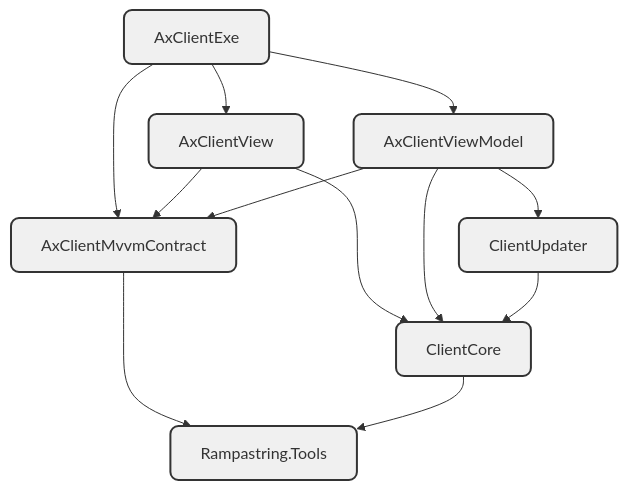
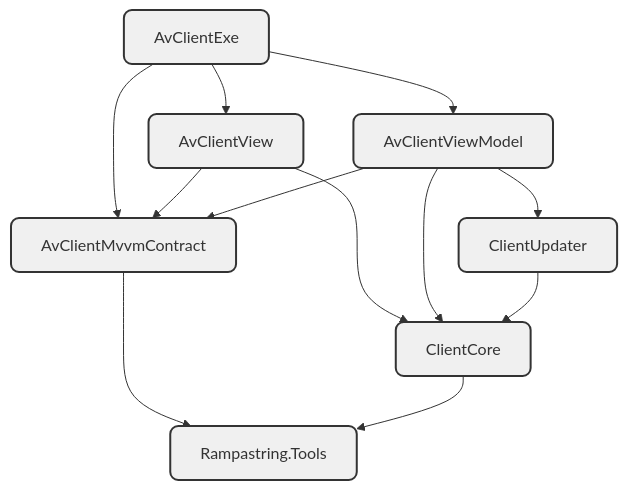
One commit to SadPencil/xna-cncnet-client-mvvm changed the diagram in README.md. Above: the diagram before and after it, drawn with Mermaid. The commit also changed 1 other file, not shown here.

Commit message:
AxClient

````diff
--- a/README.md
+++ b/README.md
@@ -15,31 +15,31 @@
 ```mermaid
 flowchart TD
     %% Nodes
     RampastringTools["Rampastring.Tools"]
     ClientCore["ClientCore"]
     ClientUpdater["ClientUpdater"]
-    AxClientMvvmContract["AxClientMvvmContract"]
-    AxClientView["AxClientView"]
-    AxClientViewModel["AxClientViewModel"]
-    AxClientExe["AxClientExe"]
+    AvClientMvvmContract["AvClientMvvmContract"]
+    AvClientView["AvClientView"]
+    AvClientViewModel["AvClientViewModel"]
+    AvClientExe["AvClientExe"]
 
     %% Dependencies
-    AxClientExe --> AxClientMvvmContract
-    AxClientExe --> AxClientView
-    AxClientExe --> AxClientViewModel
+    AvClientExe --> AvClientMvvmContract
+    AvClientExe --> AvClientView
+    AvClientExe --> AvClientViewModel
 
-    AxClientMvvmContract --> RampastringTools
+    AvClientMvvmContract --> RampastringTools
 
-    AxClientView --> AxClientMvvmContract
-    AxClientView --> ClientCore
+    AvClientView --> AvClientMvvmContract
+    AvClientView --> ClientCore
 
-    AxClientViewModel --> ClientCore
-    AxClientViewModel --> ClientUpdater
-    AxClientViewModel --> AxClientMvvmContract
+    AvClientViewModel --> ClientCore
+    AvClientViewModel --> ClientUpdater
+    AvClientViewModel --> AvClientMvvmContract
 
     ClientCore --> RampastringTools
     ClientUpdater --> ClientCore
 
     %% Styling
     classDef default fill:#f0f0f0,stroke:#333,stroke-width:2px,rx:8,ry:8;
 ```
````
